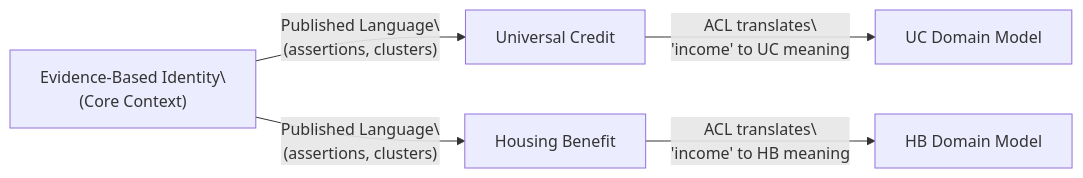
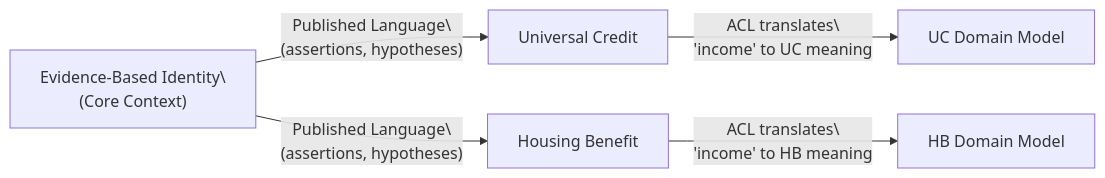
One commit to mrchughes/architecting-modern-government-services changed the fifth of 5 diagrams in docs/Paper_2_Evidence_Based_Identity.md. Above: the diagram before and after it, drawn with Mermaid. The commit also changed other lines of this file and 1 other file, not shown here.

Commit message:
Paper 2: Fix BC/subdomain descriptions to use 'cluster hypotheses' consistently

````diff
--- a/docs/Paper_2_Evidence_Based_Identity.md
+++ b/docs/Paper_2_Evidence_Based_Identity.md
@@ -939,13 +939,13 @@
 ```mermaid
 flowchart LR
     EBI["Evidence-Based Identity\\n(Core Context)"]
     
     UC["Universal Credit"]
     HB["Housing Benefit"]
     
-    EBI -->|"Published Language\\n(assertions, clusters)"| UC
-    EBI -->|"Published Language\\n(assertions, clusters)"| HB
+    EBI -->|"Published Language\\n(assertions, hypotheses)"| UC
+    EBI -->|"Published Language\\n(assertions, hypotheses)"| HB
     
     UC -->|"ACL translates\\n'income' to UC meaning"| UC_DOMAIN["UC Domain Model"]
     HB -->|"ACL translates\\n'income' to HB meaning"| HB_DOMAIN["HB Domain Model"]
 ```
````
